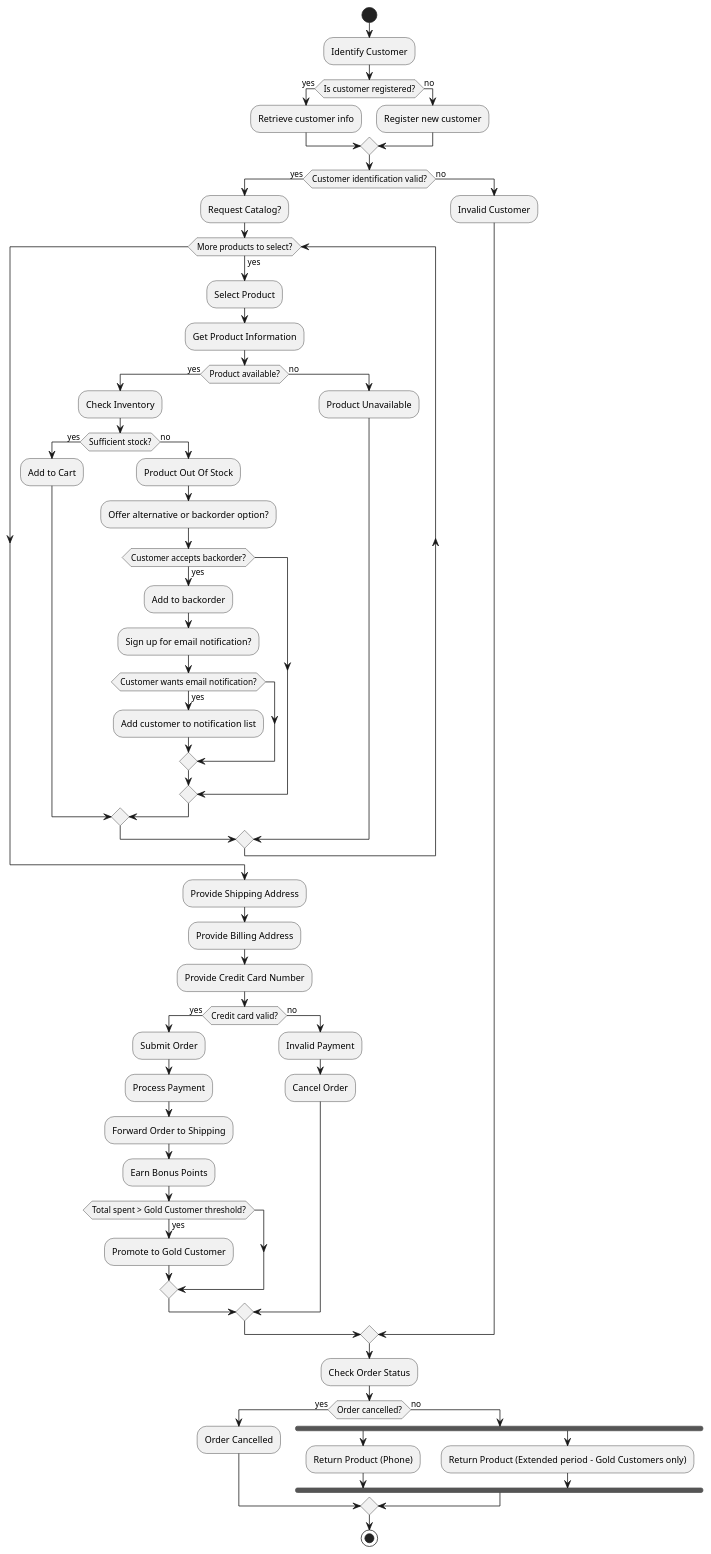
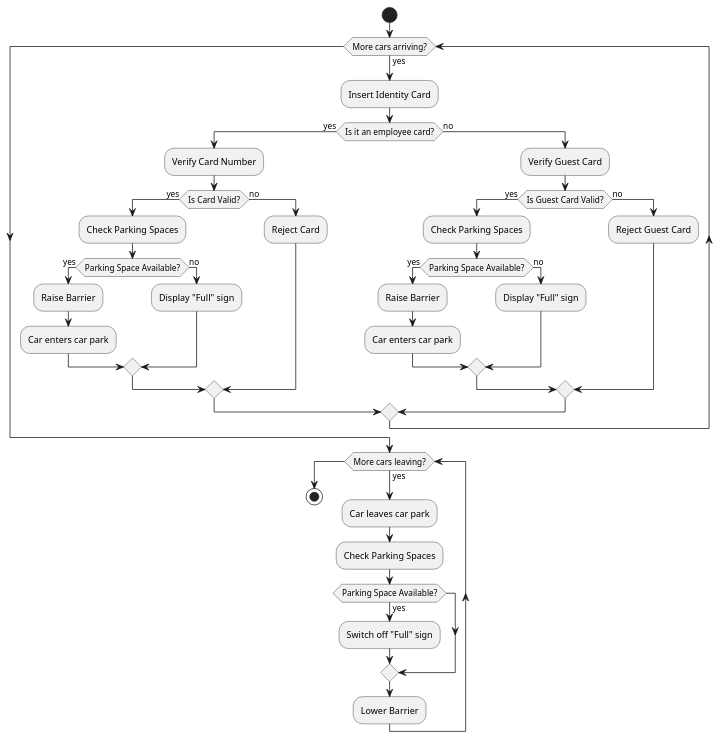
One commit to vrajkmrpatel/minor-project changed the diagram in LANGCHAIN/evaluateActivity/clarifiedAD_gemini_round1.puml. Above: the diagram before and after it, drawn with PlantUML. The commit also changed 15 other files, not shown here.

```diff
--- a/LANGCHAIN/evaluateActivity/clarifiedAD_gemini_round1.puml
+++ b/LANGCHAIN/evaluateActivity/clarifiedAD_gemini_round1.puml
@@ -1,66 +1,45 @@
 @startuml
 start
 
-:Identify Customer;
-if (Is customer registered?) then (yes)
-    :Retrieve customer info;
-else (no)
-    :Register new customer;
-endif
-
-if (Customer identification valid?) then (yes)
-    :Request Catalog?;
-    while (More products to select?) is (yes)
-        :Select Product;
-        :Get Product Information;
-        if (Product available?) then (yes)
-            :Check Inventory;
-            if (Sufficient stock?) then (yes)
-                :Add to Cart;
+while (More cars arriving?) is (yes)
+    :Insert Identity Card;
+    if (Is it an employee card?) then (yes)
+        :Verify Card Number;
+        if (Is Card Valid?) then (yes)
+            :Check Parking Spaces;
+            if (Parking Space Available?) then (yes)
+                :Raise Barrier;
+                :Car enters car park;
             else (no)
-                :Product Out Of Stock;
-                :Offer alternative or backorder option?;
-                if (Customer accepts backorder?) then (yes)
-                    :Add to backorder;
-                    :Sign up for email notification?;
-                    if (Customer wants email notification?) then (yes)
-                        :Add customer to notification list;
-                    endif
-                endif
+                :Display "Full" sign;
             endif
         else (no)
-            :Product Unavailable;
+            :Reject Card;
         endif
-    endwhile
-    :Provide Shipping Address;
-    :Provide Billing Address;
-    :Provide Credit Card Number;
-    if (Credit card valid?) then (yes)
-        :Submit Order;
-        :Process Payment;
-        :Forward Order to Shipping;
-        :Earn Bonus Points;
-        if (Total spent > Gold Customer threshold?) then (yes)
-            :Promote to Gold Customer;
+    else (no)  
+        :Verify Guest Card;
+        if (Is Guest Card Valid?) then (yes)
+            :Check Parking Spaces;
+            if (Parking Space Available?) then (yes)
+                :Raise Barrier;
+                :Car enters car park;
+            else (no)
+                :Display "Full" sign;
+            endif
+        else (no)
+            :Reject Guest Card;
         endif
-    else (no)
-        :Invalid Payment;
-        :Cancel Order;
     endif
-else (no)
-    :Invalid Customer;
-endif
+endwhile
 
-:Check Order Status;
-if (Order cancelled?) then (yes)
-    :Order Cancelled;
-else (no)
-    fork
-        :Return Product (Phone);
-    fork again
-        :Return Product (Extended period - Gold Customers only);
-    end fork
-endif
+while (More cars leaving?) is (yes)
+    :Car leaves car park;
+    :Check Parking Spaces;
+    if (Parking Space Available?) then (yes)
+        :Switch off "Full" sign;
+    endif
+    :Lower Barrier;
+endwhile
 
 stop
 @enduml
```
